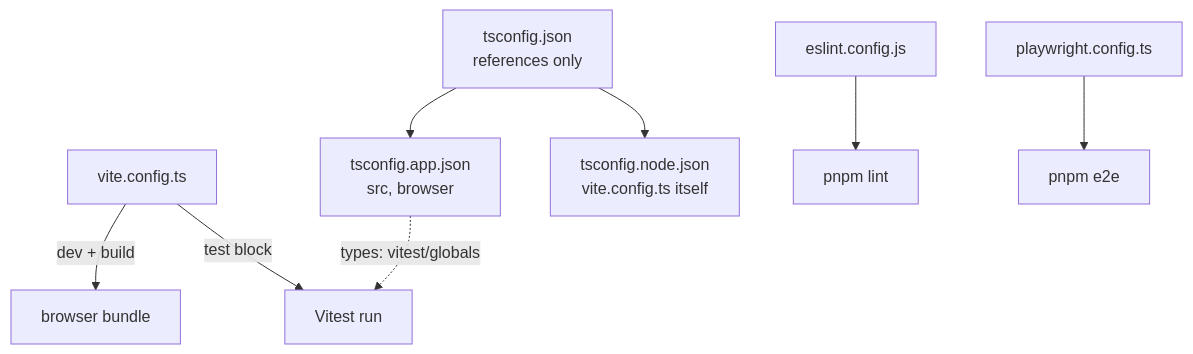
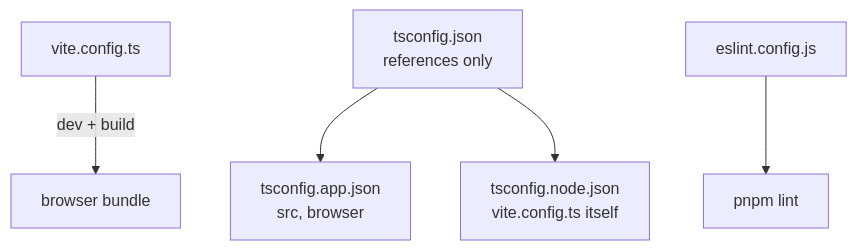
Before and after one commit to s3nsh1-dev/RoleControl_IAM: the diagram in client/docs/Configurations.doc.md, drawn with Mermaid. The commit also changed other lines of this file and 19 other files, not shown here.

````diff
--- a/client/docs/Configurations.doc.md
+++ b/client/docs/Configurations.doc.md
@@ -8,10 +8,7 @@
 ```mermaid
 flowchart TD
     V[vite.config.ts] -->|dev + build| B[browser bundle]
-    V -->|test block| T[Vitest run]
     TS[tsconfig.json<br/>references only] --> A[tsconfig.app.json<br/>src, browser]
     TS --> N[tsconfig.node.json<br/>vite.config.ts itself]
     E[eslint.config.js] --> L[pnpm lint]
-    P[playwright.config.ts] --> X[pnpm e2e]
-    A -.->|types: vitest/globals| T
 ```
````
